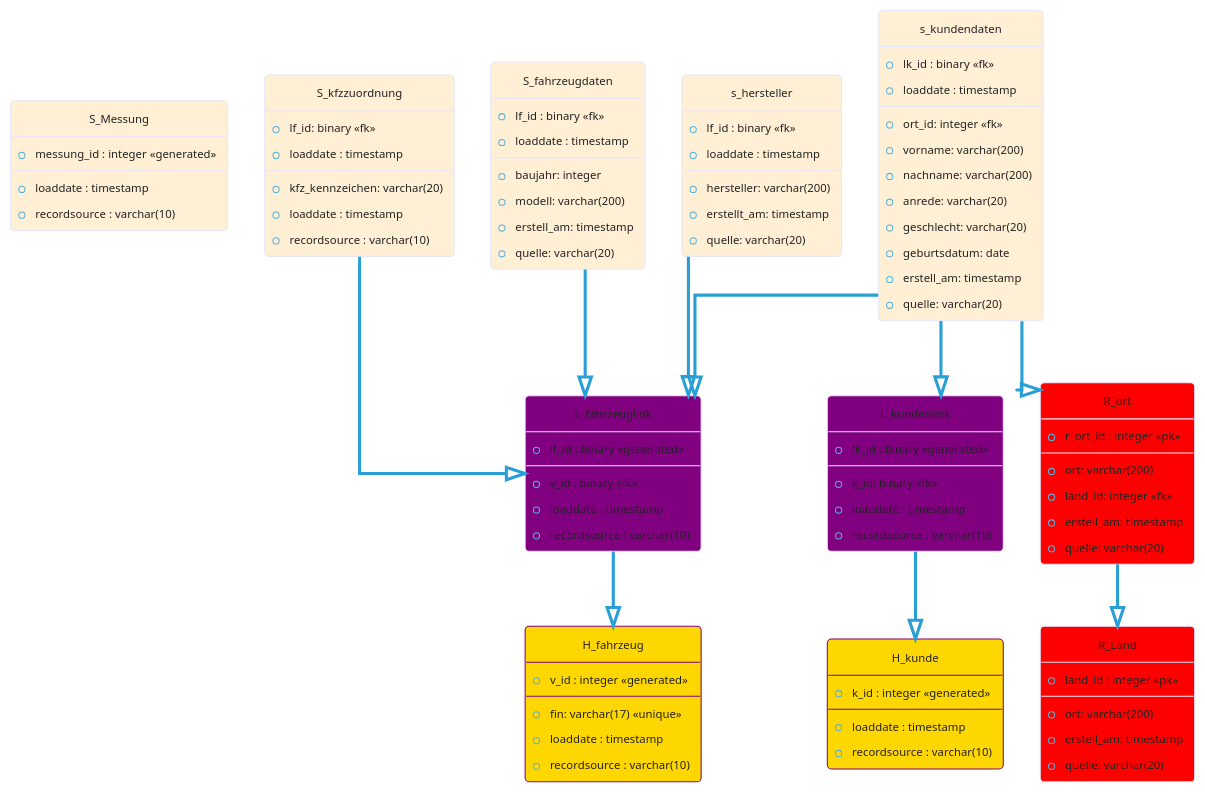
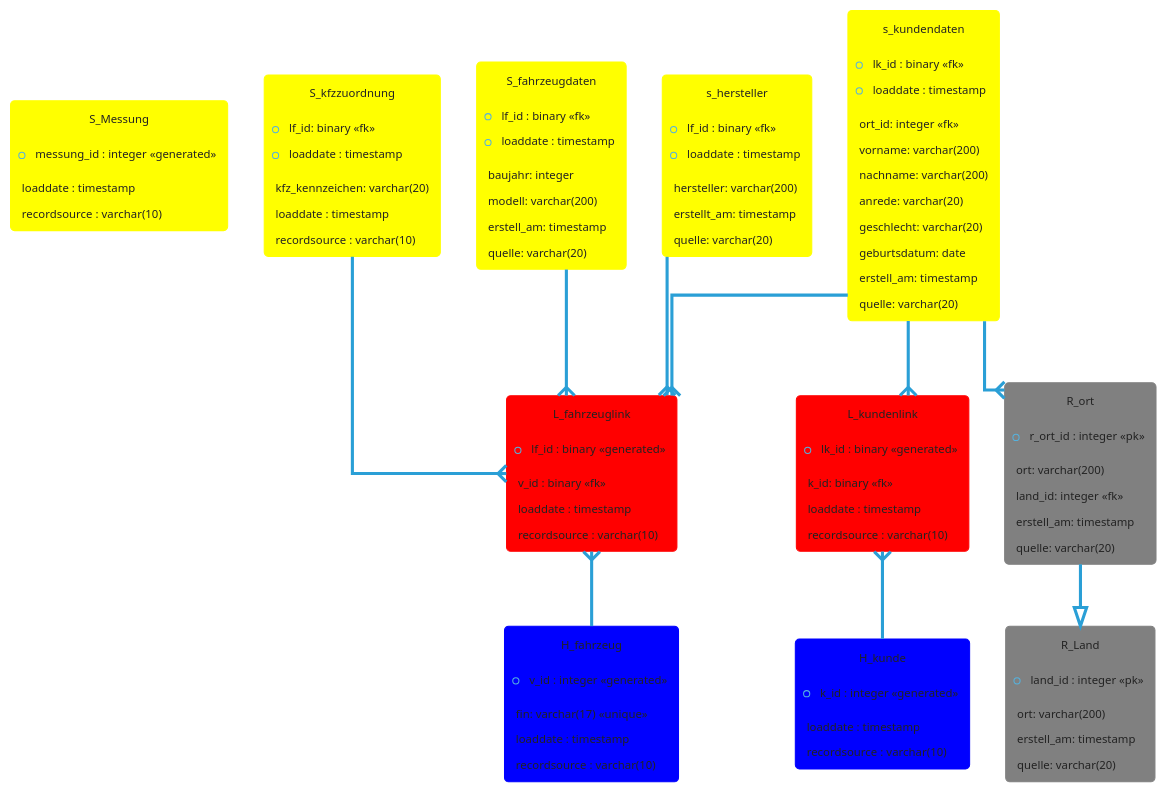
The diagram in relationshipdiagramm.plantuml (FreddyTF/DHW-Jonas-Freddy), drawn with PlantUML before and after one commit.

Commit message:
added kardinalitys

```diff
--- a/relationshipdiagramm.plantuml
+++ b/relationshipdiagramm.plantuml
@@ -1,108 +1,108 @@
 @startuml
 !theme cyborg
 hide circle
 'avoid problems with angled crows feet
 skinparam linetype ortho
 
-entity "S_Messung" as s01 #line:Lavender;back:PapayaWhip {
+entity "S_Messung" as s01 #line:yellow;back:yellow {
 *messung_id : integer <<generated>>
 --
-*loaddate : timestamp
-*recordsource : varchar(10)
+loaddate : timestamp
+recordsource : varchar(10)
 }
-entity "R_Land" as rland #line:Lavender;back:red {
+entity "R_Land" as rland #line:gray;back:gray {
 *land_id : integer <<pk>>
 --
-*ort: varchar(200) 
-*erstell_am: timestamp
-*quelle: varchar(20)
+ort: varchar(200) 
+erstell_am: timestamp
+quelle: varchar(20)
 }
 
-entity "L_fahrzeuglink" as lfahrzeuglink #line:Lavender;back:Purple {
+entity "L_fahrzeuglink" as lfahrzeuglink #line:red;back:red {
 *lf_id : binary <<generated>>
 --
-*v_id : binary <<fk>>
-*loaddate : timestamp
-*recordsource : varchar(10)
+v_id : binary <<fk>>
+loaddate : timestamp
+recordsource : varchar(10)
 }
 
-entity "S_kfzzuordnung" as skfzzuordnung #line:Lavender;back:PapayaWhip {
+entity "S_kfzzuordnung" as skfzzuordnung #line:yellow;back:yellow {
 *lf_id: binary <<fk>>
 *loaddate : timestamp
 --
-*kfz_kennzeichen: varchar(20)
-*loaddate : timestamp
-*recordsource : varchar(10)
+kfz_kennzeichen: varchar(20)
+loaddate : timestamp
+recordsource : varchar(10)
 }
 
-entity "L_kundenlink" as lkundenlink #line:Lavender;back:Purple {
+entity "L_kundenlink" as lkundenlink #line:red;back:red {
 *lk_id : binary <<generated>>
 --
-*k_id: binary <<fk>>
-*loaddate : timestamp
-*recordsource : varchar(10)
+k_id: binary <<fk>>
+loaddate : timestamp
+recordsource : varchar(10)
 }
 
-entity "R_ort" as rort #line:Lavender;back:red {
+entity "R_ort" as rort #line:gray;back:gray {
 *r_ort_id : integer <<pk>>
 --
-*ort: varchar(200)
-*land_id: integer <<fk>>
-*erstell_am: timestamp
-*quelle: varchar(20)
+ort: varchar(200)
+land_id: integer <<fk>>
+erstell_am: timestamp
+quelle: varchar(20)
 }
 
-entity "H_fahrzeug" as hfahrzeug #line:purple;back:gold {
+entity "H_fahrzeug" as hfahrzeug #line:blue;back:blue {
 *v_id : integer <<generated>>
 --
-*fin: varchar(17) <<unique>>
-*loaddate : timestamp
-*recordsource : varchar(10)
+fin: varchar(17) <<unique>>
+loaddate : timestamp
+recordsource : varchar(10)
 }
-entity "S_fahrzeugdaten" as sfahrzeugdaten #line:Lavender;back:PapayaWhip {
+entity "S_fahrzeugdaten" as sfahrzeugdaten #line:yellow;back:yellow {
 *lf_id : binary <<fk>> 
 *loaddate : timestamp
 --
-*baujahr: integer
-*modell: varchar(200)
-*erstell_am: timestamp
-*quelle: varchar(20)
+baujahr: integer
+modell: varchar(200)
+erstell_am: timestamp
+quelle: varchar(20)
 }
-entity "H_kunde" as hkunde #line:purple;back:gold {
+entity "H_kunde" as hkunde #line:blue;back:blue {
 *k_id : integer <<generated>>
 --
-*loaddate : timestamp
-*recordsource : varchar(10)
+loaddate : timestamp
+recordsource : varchar(10)
 }
-entity "s_kundendaten" as skundendaten #line:Lavender;back:PapayaWhip {
+entity "s_kundendaten" as skundendaten #line:yellow;back:yellow {
 *lk_id : binary <<fk>>
 *loaddate : timestamp
 --
-*ort_id: integer <<fk>>
-*vorname: varchar(200)
-*nachname: varchar(200)
-*anrede: varchar(20)
-*geschlecht: varchar(20)
-*geburtsdatum: date
-*erstell_am: timestamp
-*quelle: varchar(20)
+ort_id: integer <<fk>>
+vorname: varchar(200)
+nachname: varchar(200)
+anrede: varchar(20)
+geschlecht: varchar(20)
+geburtsdatum: date
+erstell_am: timestamp
+quelle: varchar(20)
 }
-entity "s_hersteller" as shersteller #line:Lavender;back:PapayaWhip {
+entity "s_hersteller" as shersteller #line:yellow;back:yellow {
 *lf_id : binary <<fk>>
 *loaddate : timestamp
 --
-*hersteller: varchar(200)
-*erstellt_am: timestamp
-*quelle: varchar(20)
+hersteller: varchar(200)
+erstellt_am: timestamp
+quelle: varchar(20)
 }
 
 rort --|> rland
-skundendaten --|> rort
-shersteller --|> lfahrzeuglink
-sfahrzeugdaten --|> lfahrzeuglink
-skfzzuordnung --|> lfahrzeuglink
-lfahrzeuglink --|> hfahrzeug
-lkundenlink --|> hkunde
-skundendaten --|> lfahrzeuglink
-skundendaten --|> lkundenlink
+skundendaten --{ rort
+shersteller --{ lfahrzeuglink
+lkundenlink }-- hkunde
+skundendaten --{ lfahrzeuglink
+skundendaten --{ lkundenlink
+sfahrzeugdaten --{ lfahrzeuglink
+skfzzuordnung --{ lfahrzeuglink
+lfahrzeuglink }-- hfahrzeug
 @enduml
```
